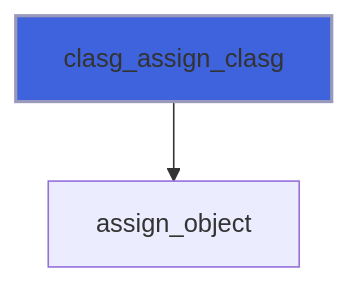
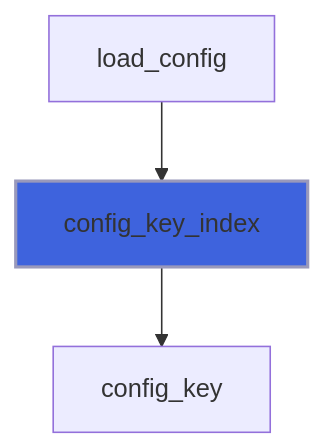
Before and after one commit to szaghi/FLAP: diagram 20 of 28 in docs/api/src/lib/flap_command_line_arguments_group_t.md, drawn with Mermaid. The commit also changed other lines of this file and 17 other files, not shown here.

````diff
--- a/docs/api/src/lib/flap_command_line_arguments_group_t.md
+++ b/docs/api/src/lib/flap_command_line_arguments_group_t.md
@@ -457,5 +807,6 @@
 ```mermaid
 flowchart TD
-  clasg_assign_clasg["clasg_assign_clasg"] --> assign_object["assign_object"]
-  style clasg_assign_clasg fill:#3e63dd,stroke:#99b,stroke-width:2px
+  load_config["load_config"] --> config_key_index["config_key_index"]
+  config_key_index["config_key_index"] --> config_key["config_key"]
+  style config_key_index fill:#3e63dd,stroke:#99b,stroke-width:2px
 ```
````
